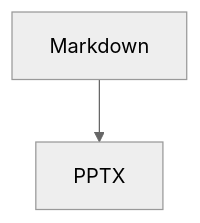
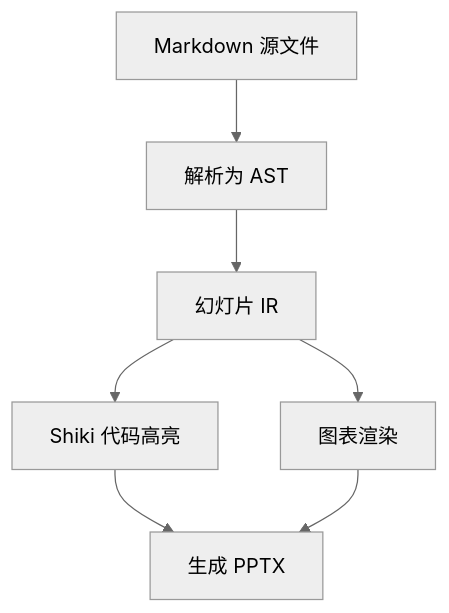
The second of 9 diagrams in showcase.md (Kyvin-Guan/markdownFly), drawn with Mermaid (neutral theme) before and after one commit. The commit also changed other lines of this file and 2 other files, not shown here.

First line of the commit message:
docs: replace the demo markdown with one full-feature showcase

````diff
--- a/showcase.md
+++ b/showcase.md
@@ -146,4 +234,9 @@
 ```mermaid
 graph TD
-    A[Markdown] --> B[PPTX]
+    A[Markdown 源文件] --> B[解析为 AST]
+    B --> C[幻灯片 IR]
+    C --> D[Shiki 代码高亮]
+    C --> E[图表渲染]
+    D --> F[生成 PPTX]
+    E --> F
 ```
````
